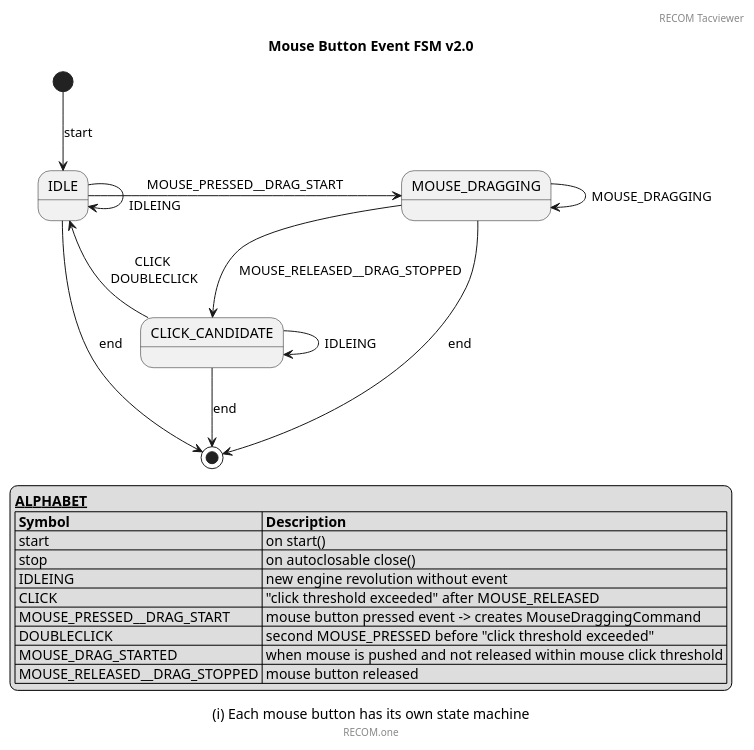
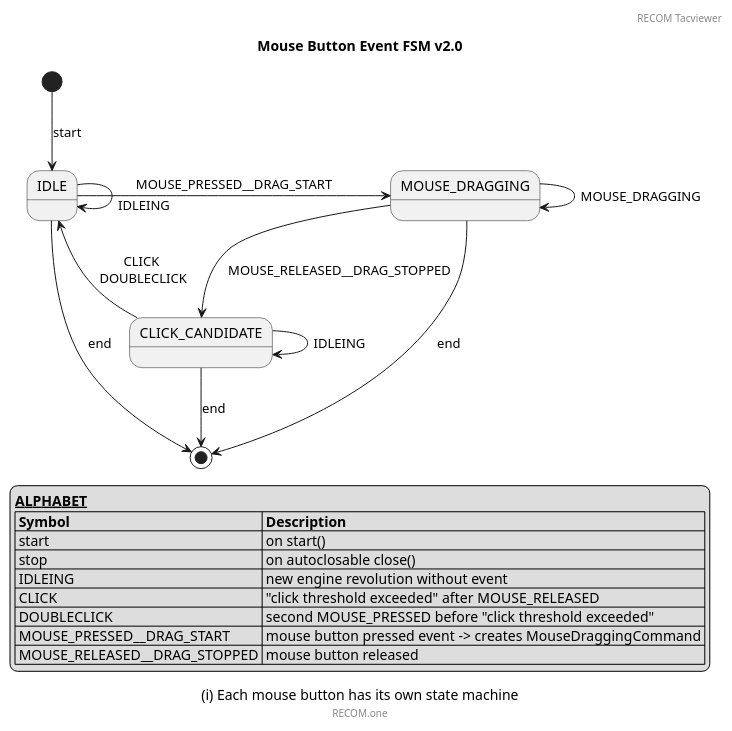
Before and after one commit to svencc/ReforgerCommanderBackend: the diagram in libs/tacviewfx/src/main/java/com/recom/tacview/engine/input/mapper/mousebutton/fsm/MouseButtonEventFSM2.puml, drawn with PlantUML.

```diff
--- a/libs/tacviewfx/src/main/java/com/recom/tacview/engine/input/mapper/mousebutton/fsm/MouseButtonEventFSM2.puml
+++ b/libs/tacviewfx/src/main/java/com/recom/tacview/engine/input/mapper/mousebutton/fsm/MouseButtonEventFSM2.puml
@@ -1,37 +1,36 @@
 @startuml
 
 header  RECOM Tacviewer
 title   Mouse Button Event FSM v2.0
 caption (i) Each mouse button has its own state machine
 footer  RECOM.one
 
 [*] --> IDLE :start
 IDLE --> IDLE : \nIDLEING
 IDLE -> MOUSE_DRAGGING : MOUSE_PRESSED__DRAG_START
 
 MOUSE_DRAGGING -> MOUSE_DRAGGING : MOUSE_DRAGGING
 MOUSE_DRAGGING --> CLICK_CANDIDATE : MOUSE_RELEASED__DRAG_STOPPED
 CLICK_CANDIDATE --> CLICK_CANDIDATE : IDLEING
 
 CLICK_CANDIDATE --> IDLE: CLICK\n DOUBLECLICK
 
 IDLE --> [*] :end
 CLICK_CANDIDATE --> [*] :end
 MOUSE_DRAGGING --> [*] :end
 
 
 
 legend left
 __**ALPHABET**__
 | **Symbol** | **Description** |
 | start | on start() |
 | stop | on autoclosable close() |
 | IDLEING | new engine revolution without event |
 | CLICK | "click threshold exceeded" after MOUSE_RELEASED |
+| DOUBLECLICK | second MOUSE_PRESSED before "click threshold exceeded" |
 | MOUSE_PRESSED__DRAG_START | mouse button pressed event -> creates MouseDraggingCommand |
-| DOUBLECLICK | second MOUSE_PRESSED before "click threshold exceeded" |
-| MOUSE_DRAG_STARTED | when mouse is pushed and not released within mouse click threshold |
 | MOUSE_RELEASED__DRAG_STOPPED | mouse button released |
 endlegend
 
 @enduml
```
